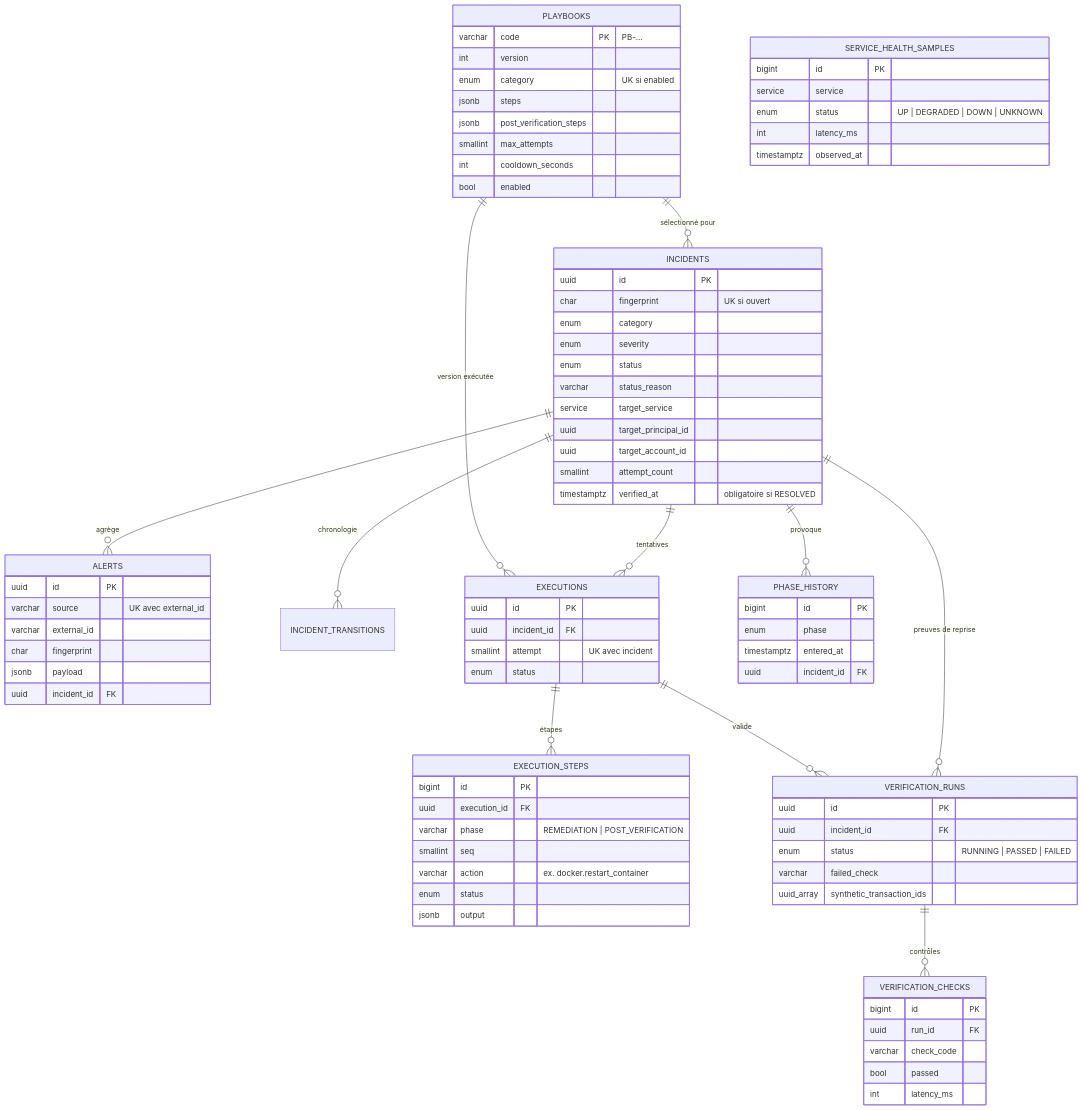
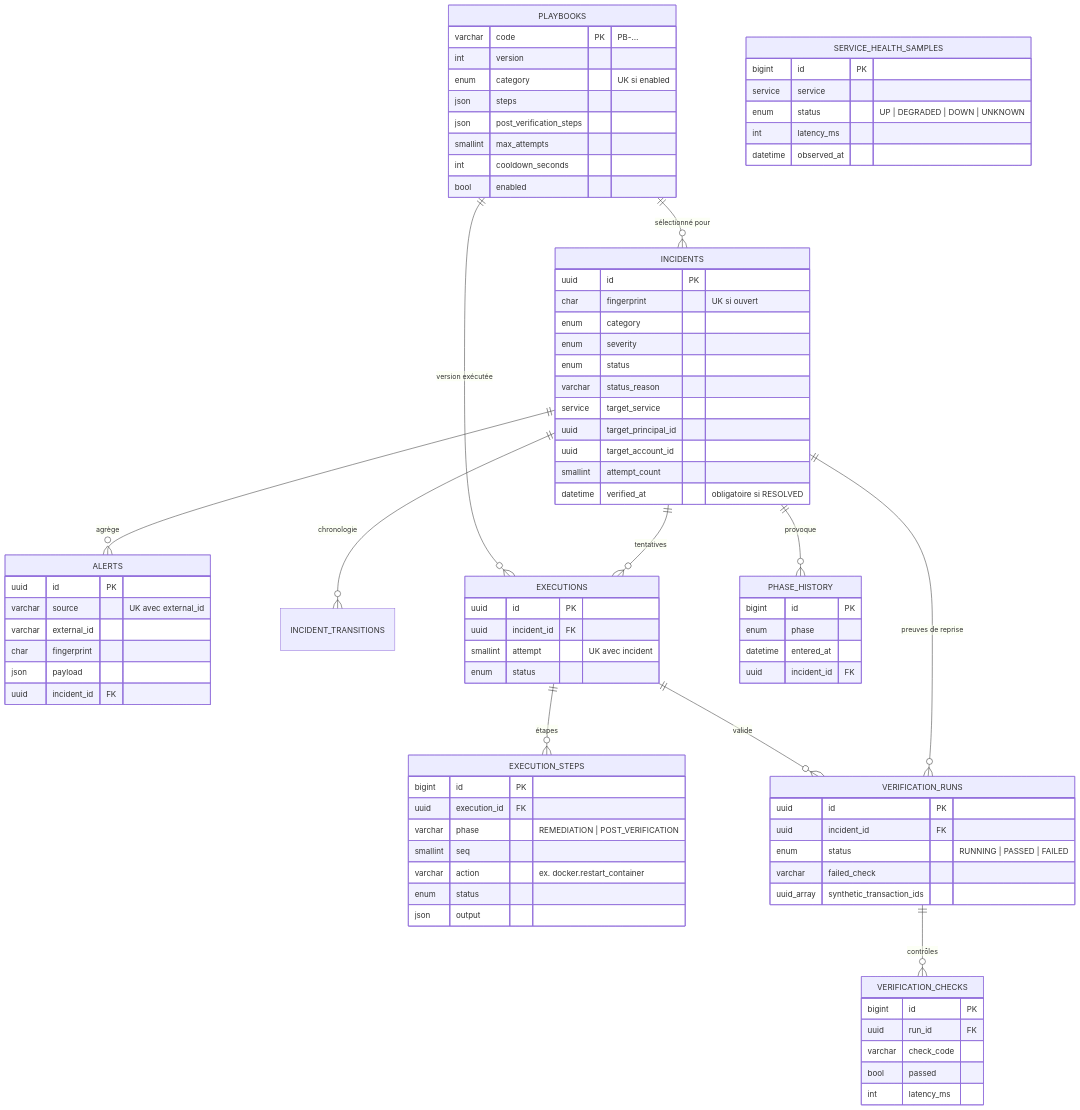
The fourth of 4 diagrams in docs/02-modele-donnees.md (HexNyo/WorkShop-2026), drawn with Mermaid before and after one commit. The commit also changed other lines of this file and 64 other files, not shown here.

````diff
--- a/docs/02-modele-donnees.md
+++ b/docs/02-modele-donnees.md
@@ -195,8 +195,8 @@
         varchar code PK "PB-…"
         int version
         enum category "UK si enabled"
-        jsonb steps
-        jsonb post_verification_steps
+        json steps
+        json post_verification_steps
         smallint max_attempts
         int cooldown_seconds
         bool enabled
@@ -212,14 +212,14 @@
         uuid target_principal_id
         uuid target_account_id
         smallint attempt_count
-        timestamptz verified_at "obligatoire si RESOLVED"
+        datetime verified_at "obligatoire si RESOLVED"
     }
     ALERTS {
         uuid id PK
         varchar source "UK avec external_id"
         varchar external_id
         char fingerprint
-        jsonb payload
+        json payload
         uuid incident_id FK
     }
     EXECUTIONS {
@@ -235,7 +235,7 @@
         smallint seq
         varchar action "ex. docker.restart_container"
         enum status
-        jsonb output
+        json output
     }
     VERIFICATION_RUNS {
         uuid id PK
@@ -256,12 +256,12 @@
         service service
         enum status "UP | DEGRADED | DOWN | UNKNOWN"
         int latency_ms
-        timestamptz observed_at
+        datetime observed_at
     }
     PHASE_HISTORY {
         bigint id PK
         enum phase
-        timestamptz entered_at
+        datetime entered_at
         uuid incident_id FK
     }
 ```
````
